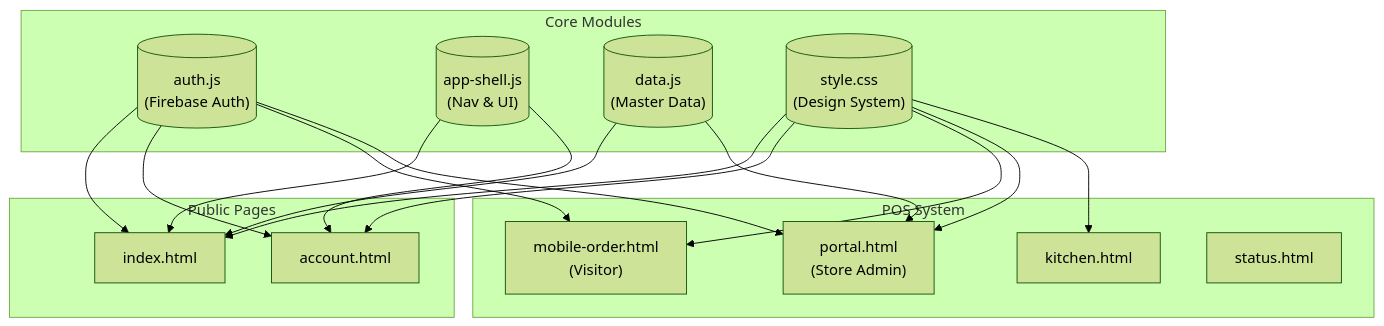
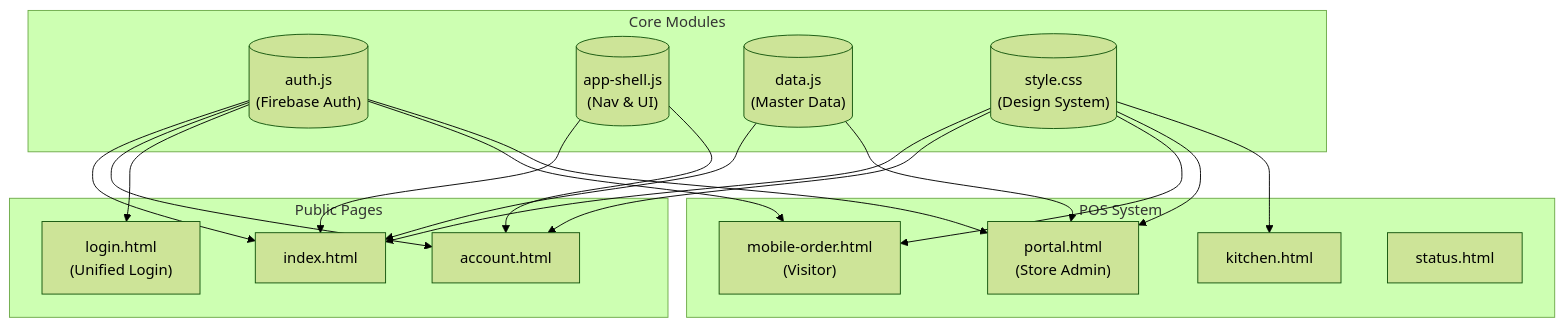
The fifth of 7 diagrams in antigravity/architecture_CONTEXT.md (ynr-cs/nanryosai2026), drawn with Mermaid (forest theme) before and after one commit. The commit also changed 3 other files, not shown here.

````diff
--- a/antigravity/architecture_CONTEXT.md
+++ b/antigravity/architecture_CONTEXT.md
@@ -182,27 +182,28 @@
 ```mermaid
 graph TD
     subgraph "Core Modules"
         AuthJS[("auth.js<br/>#40;Firebase Auth#41;")]
         ShellJS[("app-shell.js<br/>#40;Nav & UI#41;")]
         DataJS[("data.js<br/>#40;Master Data#41;")]
         StyleCSS[("style.css<br/>#40;Design System#41;")]
     end
 
     subgraph "Public Pages"
         IndexHTML["index.html"]
         AccountHTML["account.html"]
+        LoginHTML["login.html<br/>#40;Unified Login#41;"]
     end
 
     subgraph "POS System"
         MobileOrderHTML["mobile-order.html<br/>#40;Visitor#41;"]
         PortalHTML["portal.html<br/>#40;Store Admin#41;"]
         KitchenHTML["kitchen.html"]
         StatusHTML["status.html"]
     end
 
     %% Dependencies
-    AuthJS --> IndexHTML & AccountHTML & MobileOrderHTML & PortalHTML
+    AuthJS --> IndexHTML & AccountHTML & LoginHTML & MobileOrderHTML & PortalHTML
     ShellJS --> IndexHTML & AccountHTML
     StyleCSS --> IndexHTML & AccountHTML & MobileOrderHTML & PortalHTML & KitchenHTML
     DataJS --> IndexHTML & PortalHTML
 ```
````
